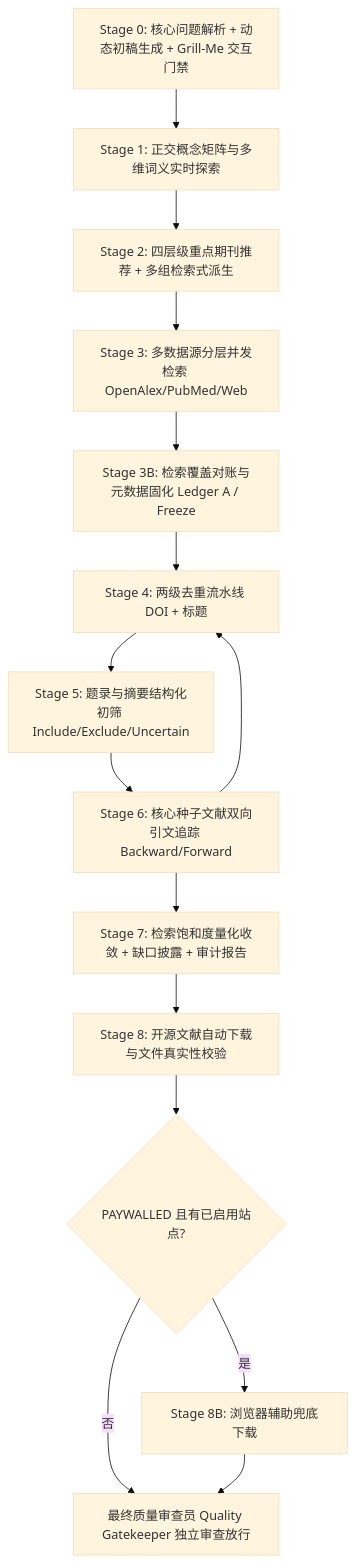
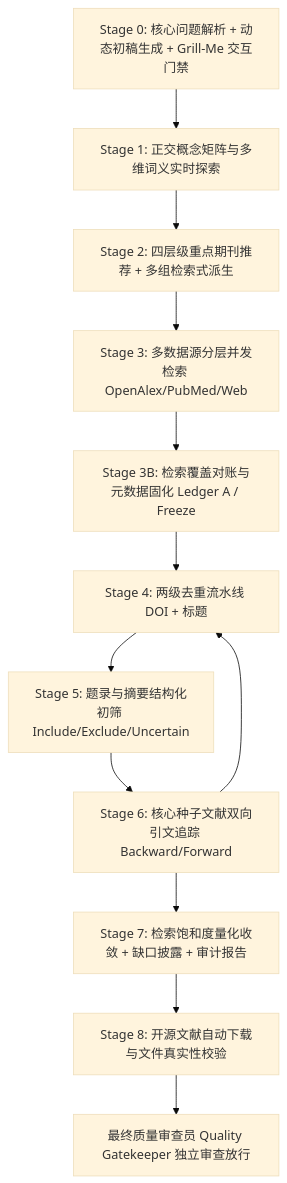
One commit to Daylily-Huang/ScholarFlow changed the diagram in skills/literature-discovery-acquisition/SKILL.md. Above: the diagram before and after it, drawn with Mermaid (base theme). The commit also changed other lines of this file and 26 other files, not shown here.

````diff
--- a/skills/literature-discovery-acquisition/SKILL.md
+++ b/skills/literature-discovery-acquisition/SKILL.md
@@ -145,17 +145,14 @@
 ```mermaid
 flowchart TD
     S0[Stage 0: 核心问题解析 + 动态初稿生成 + Grill-Me 交互门禁] --> S1[Stage 1: 正交概念矩阵与多维词义实时探索]
     S1 --> S2[Stage 2: 四层级重点期刊推荐 + 多组检索式派生]
     S2 --> S3[Stage 3: 多数据源分层并发检索 OpenAlex/PubMed/Web]
     S3 --> S3B[Stage 3B: 检索覆盖对账与元数据固化 Ledger A / Freeze]
     S3B --> S4[Stage 4: 两级去重流水线 DOI + 标题]
     S4 --> S5[Stage 5: 题录与摘要结构化初筛 Include/Exclude/Uncertain]
     S5 --> S6[Stage 6: 核心种子文献双向引文追踪 Backward/Forward]
     S6 --> S4
     S6 --> S7[Stage 7: 检索饱和度量化收敛 + 缺口披露 + 审计报告]
     S7 --> S8[Stage 8: 开源文献自动下载与文件真实性校验]
-    S8 --> S8B_Check{PAYWALLED 且有已启用站点?}
-    S8B_Check -- 是 --> S8B[Stage 8B: 浏览器辅助兜底下载]
-    S8B_Check -- 否 --> QG
-    S8B --> QG[最终质量审查员 Quality Gatekeeper 独立审查放行]
+    S8 --> QG[最终质量审查员 Quality Gatekeeper 独立审查放行]
 ```
````
